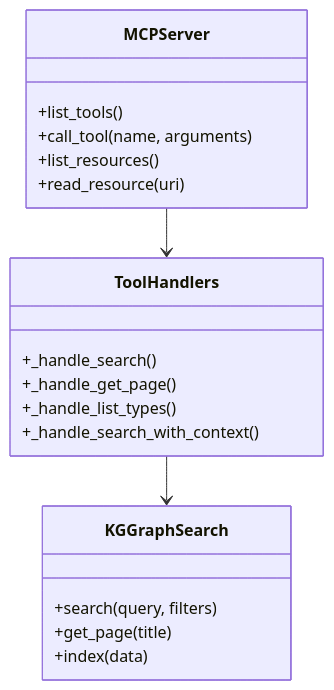
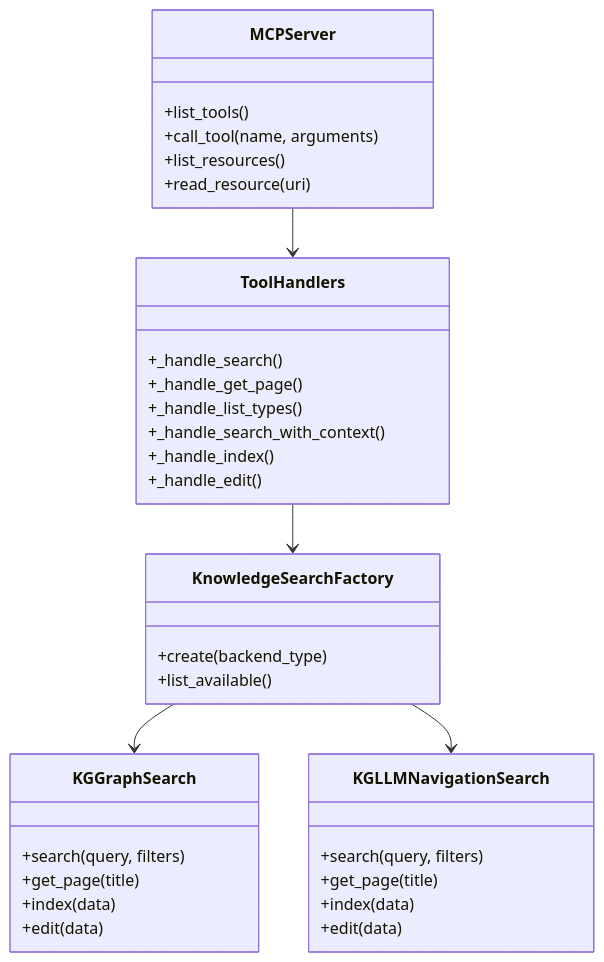
Before and after one commit to Leeroo-AI/kapso: the third of 3 diagrams in docs/components/wiki-mcp/overview.mdx, drawn with Mermaid. The commit also changed other lines of this file, not shown here.

````diff
--- a/docs/components/wiki-mcp/overview.mdx
+++ b/docs/components/wiki-mcp/overview.mdx
@@ -297,25 +398,42 @@
 ```mermaid
 classDiagram
     class MCPServer {
         +list_tools()
         +call_tool(name, arguments)
         +list_resources()
         +read_resource(uri)
     }
     
     class ToolHandlers {
         +_handle_search()
         +_handle_get_page()
         +_handle_list_types()
         +_handle_search_with_context()
+        +_handle_index()
+        +_handle_edit()
+    }
+    
+    class KnowledgeSearchFactory {
+        +create(backend_type)
+        +list_available()
     }
     
     class KGGraphSearch {
         +search(query, filters)
         +get_page(title)
         +index(data)
+        +edit(data)
+    }
+    
+    class KGLLMNavigationSearch {
+        +search(query, filters)
+        +get_page(title)
+        +index(data)
+        +edit(data)
     }
     
     MCPServer --> ToolHandlers
-    ToolHandlers --> KGGraphSearch
+    ToolHandlers --> KnowledgeSearchFactory
+    KnowledgeSearchFactory --> KGGraphSearch
+    KnowledgeSearchFactory --> KGLLMNavigationSearch
 ```
````
